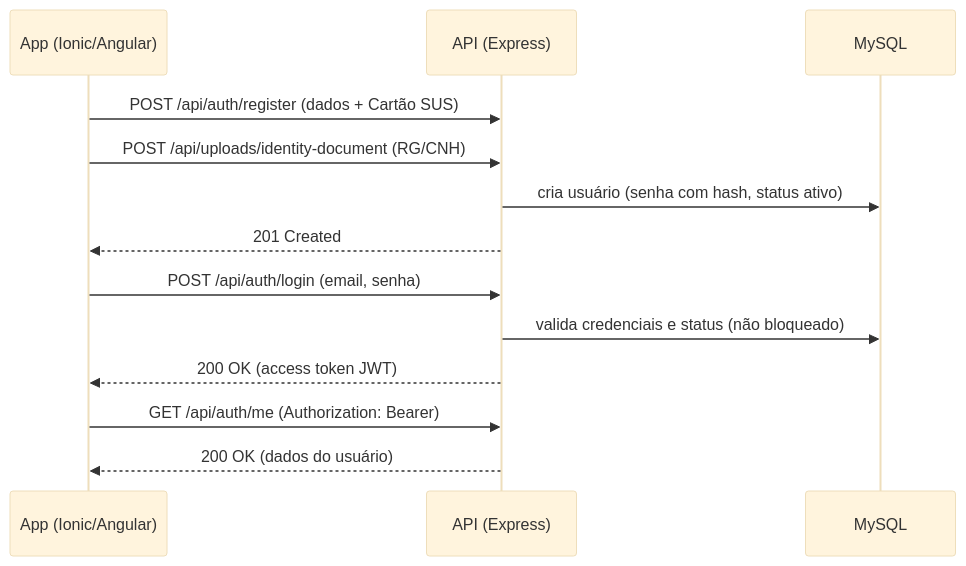
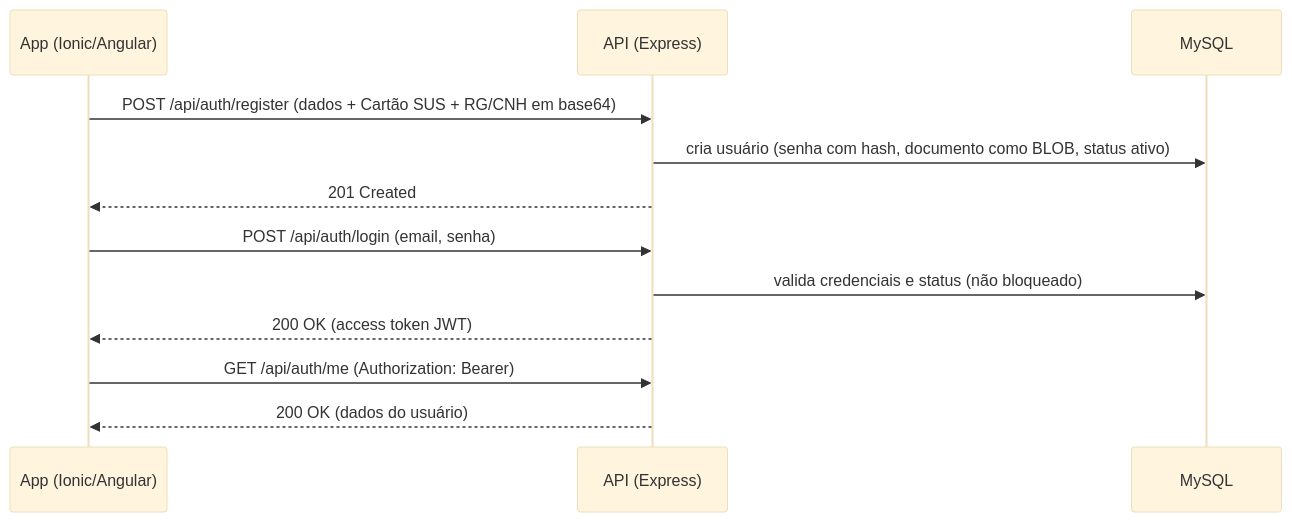
The first of 4 diagrams in docs/fluxos.md (MartinsALaura/med-link-backend), drawn with Mermaid (base theme) before and after one commit. The commit also changed other lines of this file and 49 other files, not shown here.

````diff
--- a/docs/fluxos.md
+++ b/docs/fluxos.md
@@ -9,18 +9,17 @@
 ```mermaid
 sequenceDiagram
     participant App as App (Ionic/Angular)
     participant API as API (Express)
     participant DB as MySQL
 
-    App->>API: POST /api/auth/register (dados + Cartão SUS)
-    App->>API: POST /api/uploads/identity-document (RG/CNH)
-    API->>DB: cria usuário (senha com hash, status ativo)
+    App->>API: POST /api/auth/register (dados + Cartão SUS + RG/CNH em base64)
+    API->>DB: cria usuário (senha com hash, documento como BLOB, status ativo)
     API-->>App: 201 Created
 
     App->>API: POST /api/auth/login (email, senha)
     API->>DB: valida credenciais e status (não bloqueado)
     API-->>App: 200 OK (access token JWT)
 
     App->>API: GET /api/auth/me (Authorization: Bearer)
     API-->>App: 200 OK (dados do usuário)
 ```
````
